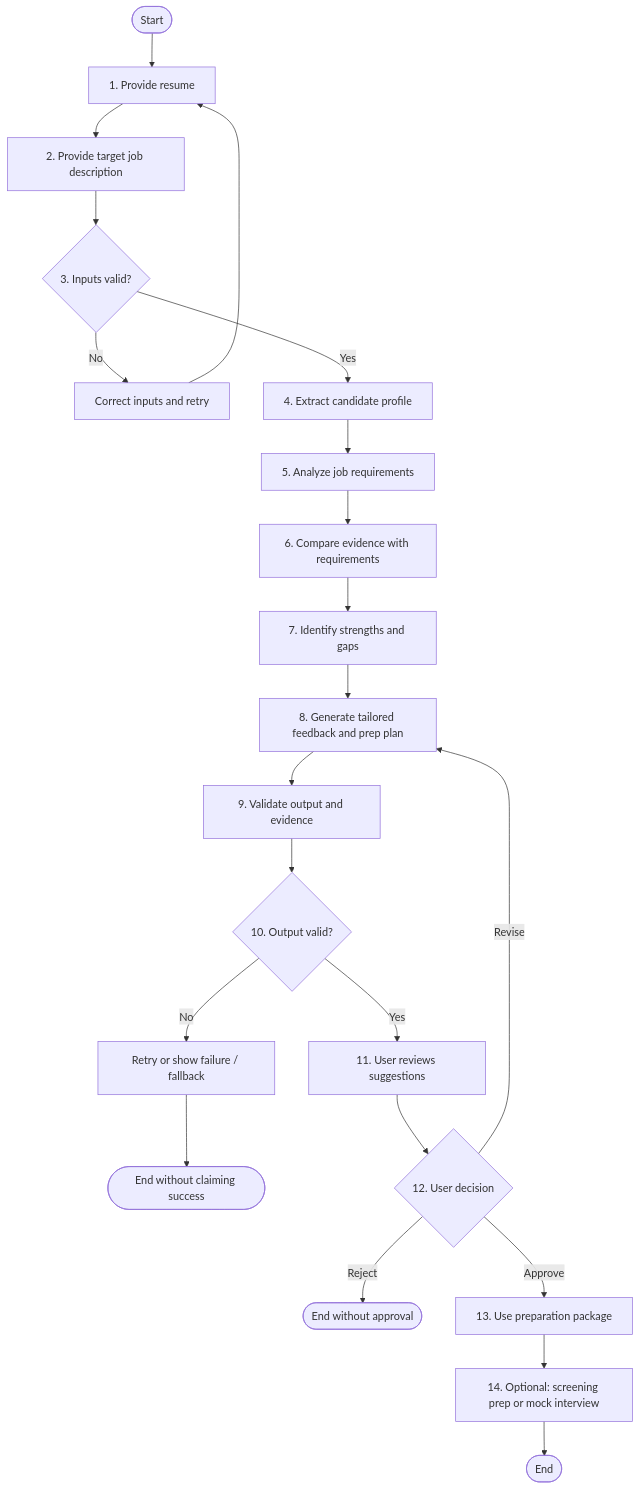
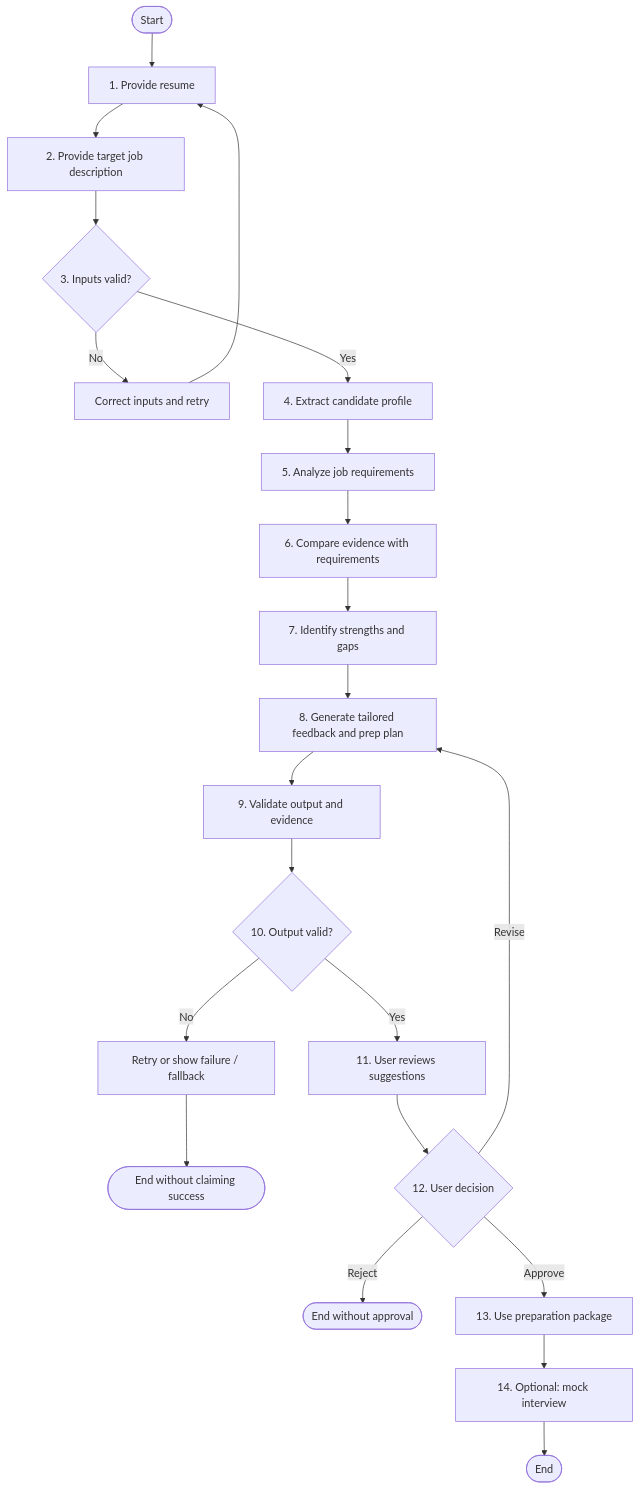
One commit to helenapedro/careercrew changed the second of 6 diagrams in docs/engineering/use-cases-and-user-stories.md. Above: the diagram before and after it, drawn with Mermaid. The commit also changed other lines of this file and 53 other files, not shown here.

````diff
--- a/docs/engineering/use-cases-and-user-stories.md
+++ b/docs/engineering/use-cases-and-user-stories.md
@@ -68,24 +65,24 @@
 ```mermaid
 flowchart TD
     A([Start]) --> B["1. Provide resume"]
     B --> C["2. Provide target job description"]
     C --> D{"3. Inputs valid?"}
     D -- No --> E["Correct inputs and retry"]
     E --> B
     D -- Yes --> F["4. Extract candidate profile"]
     F --> G["5. Analyze job requirements"]
     G --> H["6. Compare evidence with requirements"]
     H --> I["7. Identify strengths and gaps"]
     I --> J["8. Generate tailored feedback and prep plan"]
     J --> K["9. Validate output and evidence"]
     K --> L{"10. Output valid?"}
     L -- No --> M["Retry or show failure / fallback"]
     M --> Z([End without claiming success])
     L -- Yes --> N["11. User reviews suggestions"]
     N --> O{"12. User decision"}
     O -- Revise --> J
     O -- Reject --> P([End without approval])
     O -- Approve --> Q["13. Use preparation package"]
-    Q --> R["14. Optional: screening prep or mock interview"]
+    Q --> R["14. Optional: mock interview"]
     R --> S([End])
 ```
````
